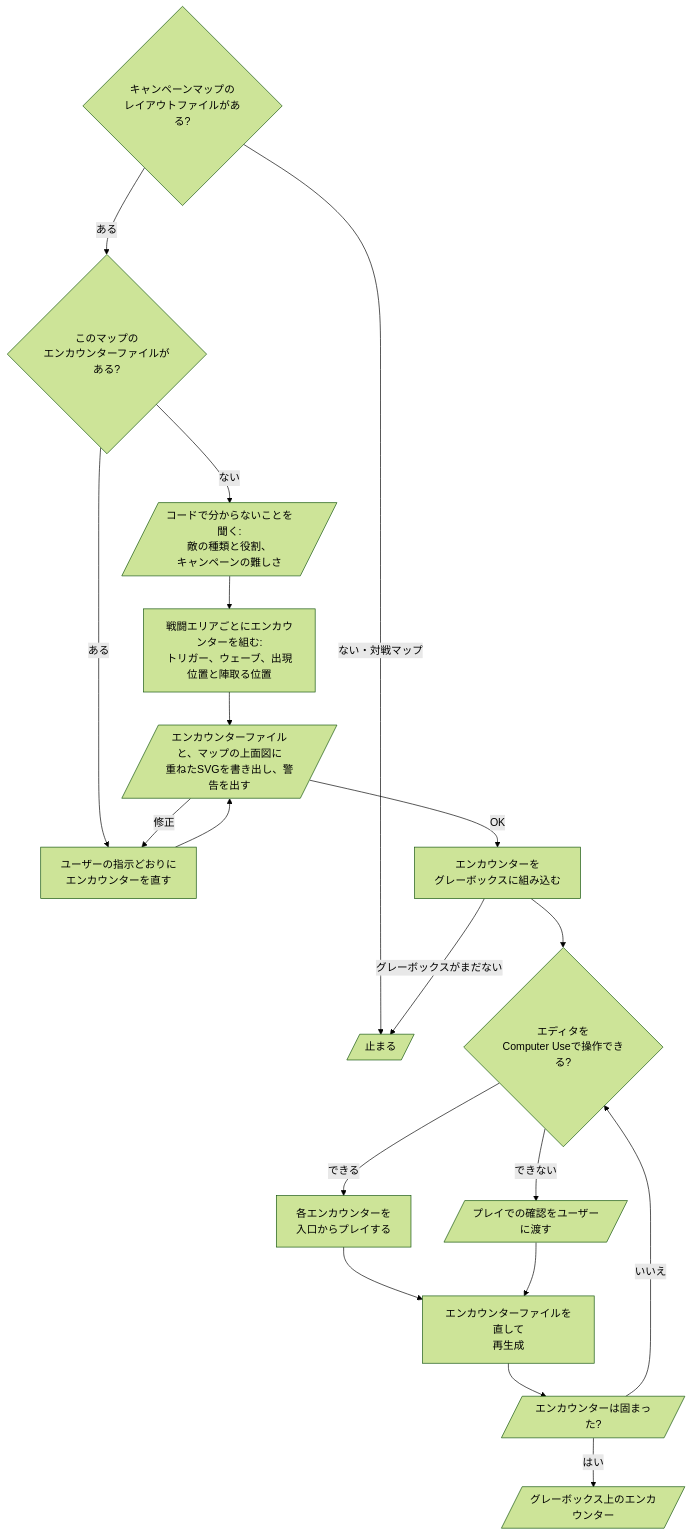
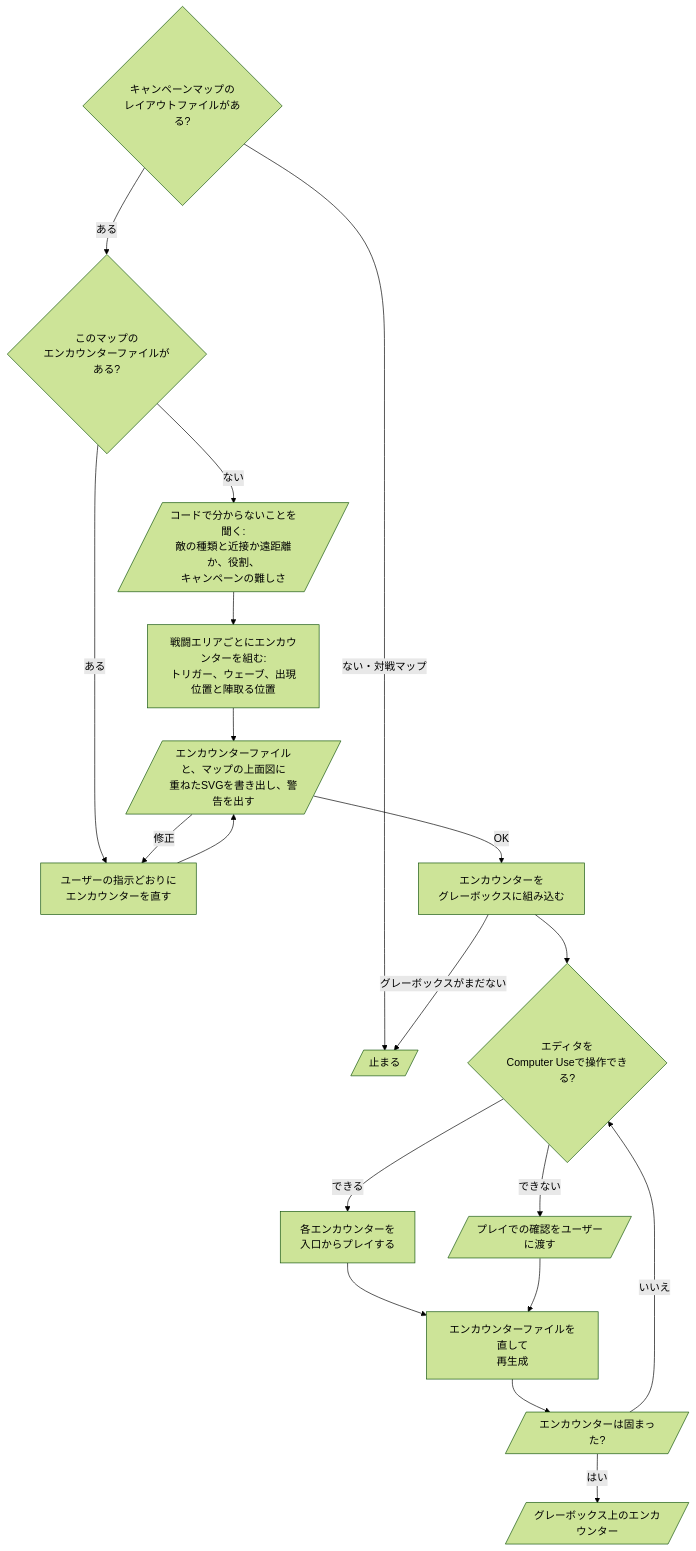
Before and after one commit to omni-stove/skill-kit: the diagram in domains/game/skills/shooter-encounter/README.ja.md, drawn with Mermaid (forest theme). The commit also changed 7 other files, not shown here.

````diff
--- a/domains/game/skills/shooter-encounter/README.ja.md
+++ b/domains/game/skills/shooter-encounter/README.ja.md
@@ -3,22 +3,22 @@
 ```mermaid
 flowchart TD
   start{キャンペーンマップの<br/>レイアウトファイルがある?}
   start -- "ない・対戦マップ" --> stop[/止まる/]
   start -- "ある" --> exists{このマップの<br/>エンカウンターファイルがある?}
-  exists -- "ない" --> ask[/コードで分からないことを聞く:<br/>敵の種類と役割、<br/>キャンペーンの難しさ/]
+  exists -- "ない" --> ask[/コードで分からないことを聞く:<br/>敵の種類と近接か遠距離か、役割、<br/>キャンペーンの難しさ/]
   ask --> write[戦闘エリアごとにエンカウンターを組む:<br/>トリガー、ウェーブ、出現位置と陣取る位置]
   exists -- "ある" --> edit[ユーザーの指示どおりに<br/>エンカウンターを直す]
   write --> view
   edit --> view[/エンカウンターファイルと、マップの上面図に<br/>重ねたSVGを書き出し、警告を出す/]
   view -- "修正" --> edit
   view -- "OK" --> build[エンカウンターを<br/>グレーボックスに組み込む]
   build -- "グレーボックスがまだない" --> stop
   build --> how{エディタを<br/>Computer Useで操作できる?}
   how -- "できる" --> play[各エンカウンターを<br/>入口からプレイする]
   how -- "できない" --> hand[/プレイでの確認をユーザーに渡す/]
   play --> fix[エンカウンターファイルを直して<br/>再生成]
   hand --> fix
   fix --> settled[/エンカウンターは固まった?/]
   settled -- "いいえ" --> how
   settled -- "はい" --> done[/グレーボックス上のエンカウンター/]
 ```
````
